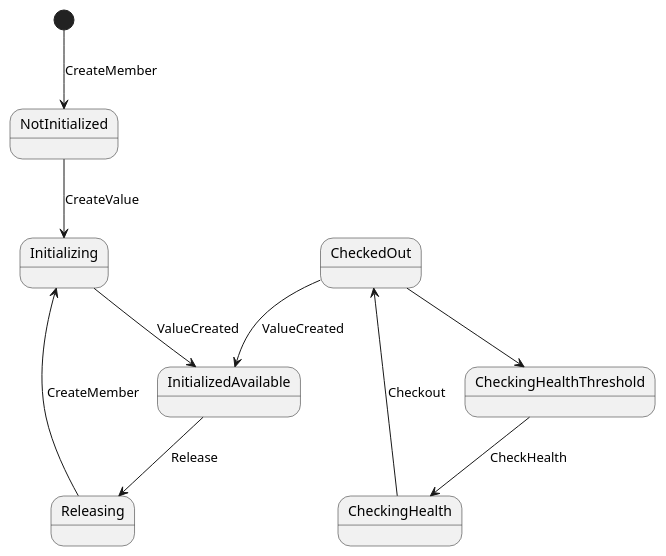
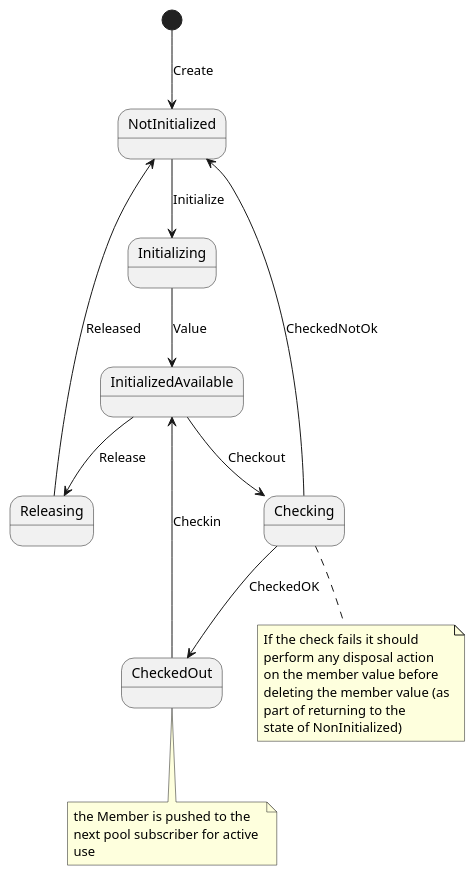
The diagram in src/main/plantuml/Member-state-diagram.puml (davidmoten/rxjava3-pool), drawn with PlantUML before and after one commit. The commit also changed 1 other file, not shown here.

Commit message:
member state diagram dev

```diff
--- a/src/main/plantuml/Member-state-diagram.puml
+++ b/src/main/plantuml/Member-state-diagram.puml
@@ -1,13 +1,27 @@
 @startuml
 
-[*] --> NotInitialized: CreateMember
-NotInitialized --> Initializing: CreateValue
-Initializing --> InitializedAvailable: ValueCreated
-CheckedOut --> InitializedAvailable: ValueCreated
-InitializedAvailable --> Releasing: Release
-Releasing --> Initializing: CreateMember
-CheckedOut --> CheckingHealthThreshold
-CheckingHealthThreshold --> CheckingHealth: CheckHealth
-CheckingHealth --> CheckedOut: Checkout
+[*] --> NotInitialized: Create
+NotInitialized --> Initializing: Initialize
+Initializing --> InitializedAvailable: Value
+InitializedAvailable --> Checking: Checkout
+Checking --> NotInitialized: CheckedNotOk
+Checking --> CheckedOut: CheckedOK
+InitializedAvailable --> Releasing: Release 
+Releasing --> NotInitialized: Released
+CheckedOut --> InitializedAvailable: Checkin
 
+note bottom of Checking
+  If the check fails it should
+  perform any disposal action
+  on the member value before 
+  deleting the member value (as
+  part of returning to the 
+  state of NonInitialized)
+end note
+
+note bottom of CheckedOut
+  the Member is pushed to the 
+  next pool subscriber for active 
+  use
+end note
 @enduml
```
